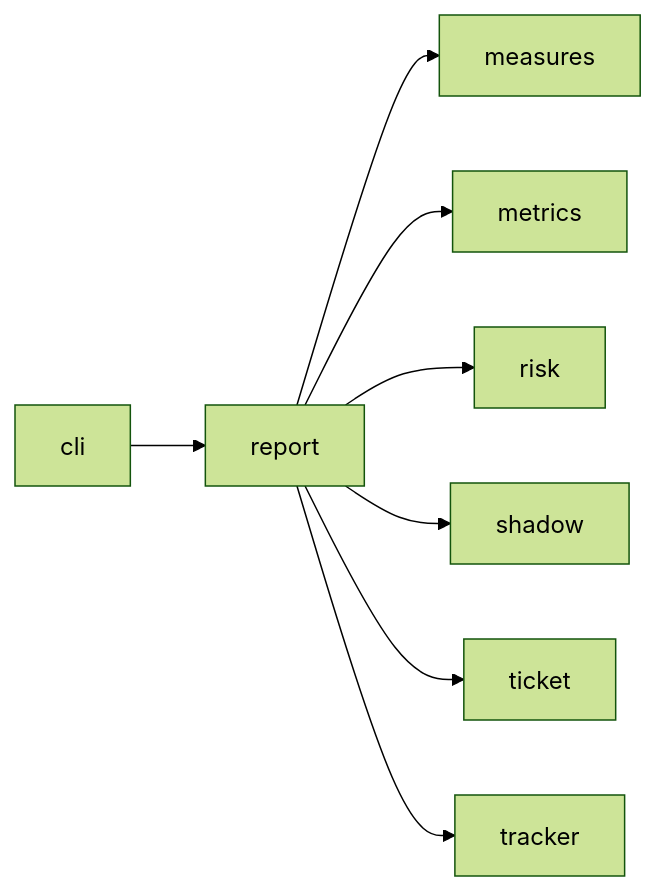
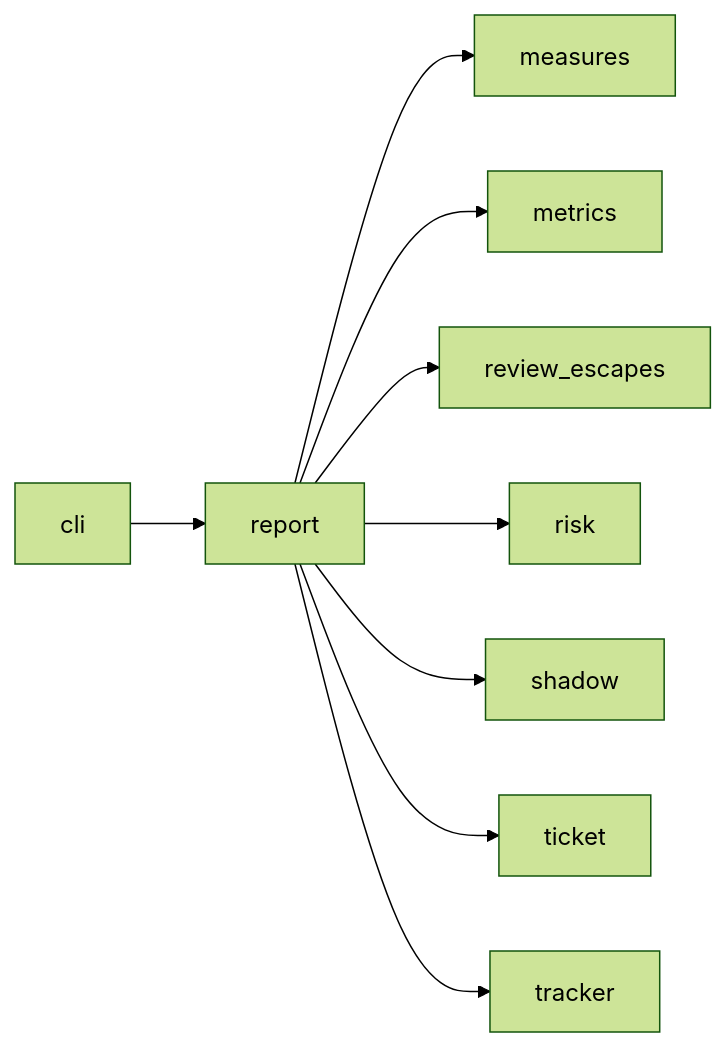
Before and after one commit to plaplanche/ariane: the third of 3 diagrams in docs/architecture/modules/report.md, drawn with Mermaid (forest theme). The commit also changed other lines of this file and 34 other files, not shown here.

Commit message:
#196: ariane report: review escapes per model pair and stop categories (C10, C19)

````diff
--- a/docs/architecture/modules/report.md
+++ b/docs/architecture/modules/report.md
@@ -64,10 +68,11 @@
 ```mermaid
 flowchart LR
   cli --> report
   report --> measures
   report --> metrics
+  report --> review_escapes
   report --> risk
   report --> shadow
   report --> ticket
   report --> tracker
 ```
````
